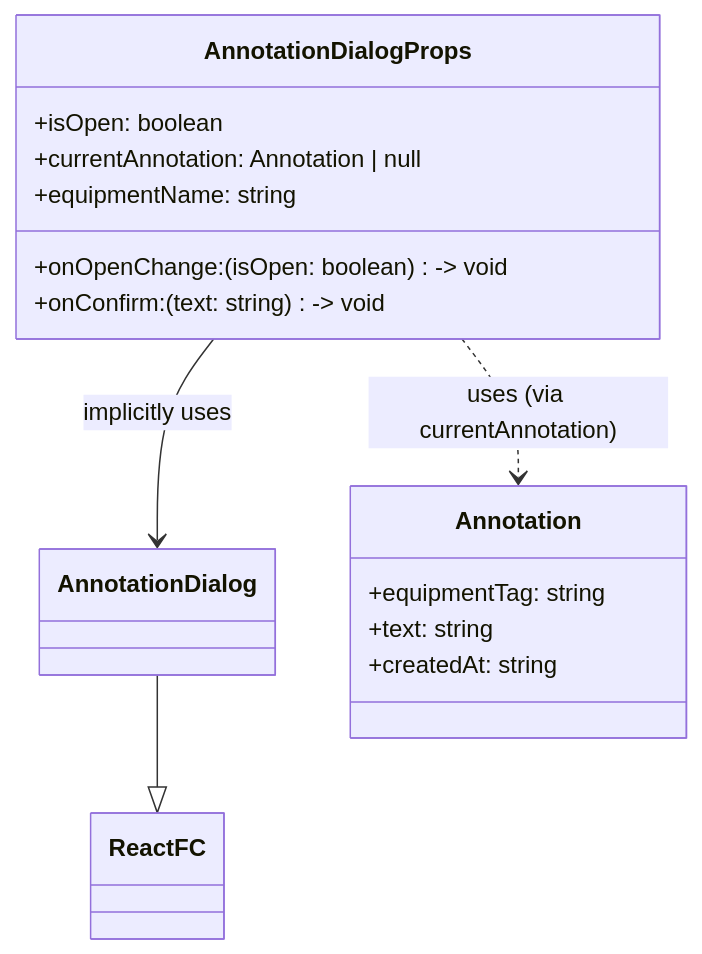
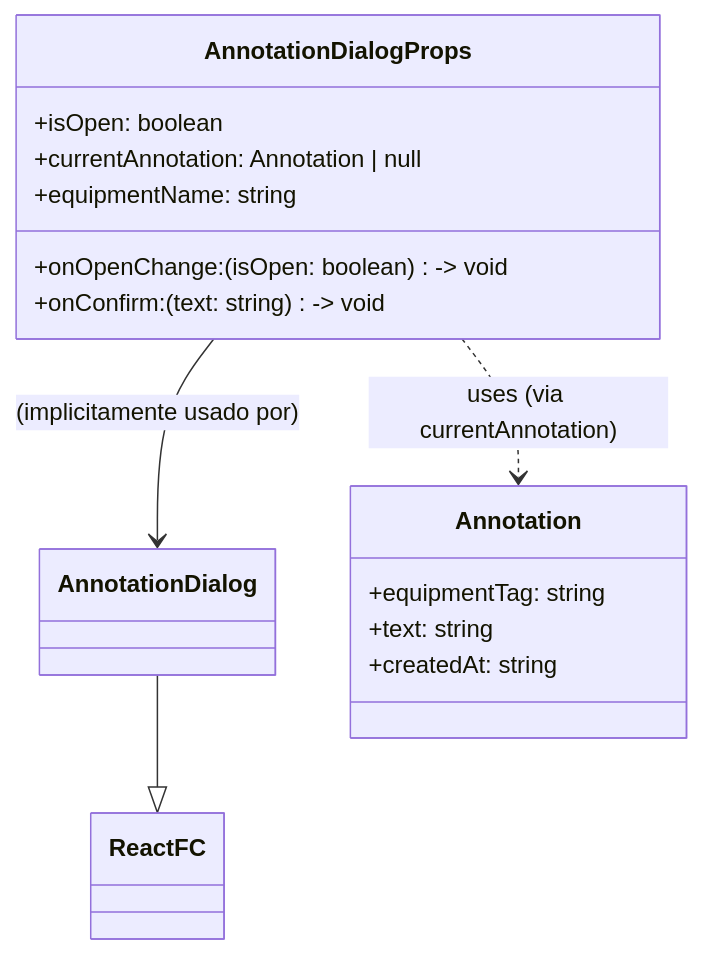
One commit to Dicommunitas/ThreeJS_Terminal_3D changed the second of 29 diagrams in documentation/api.md. Above: the diagram before and after it, drawn with Mermaid. The commit also changed other lines of this file and 273 other files, not shown here.

Commit message:
Atualizando documentação e diagramas.

````diff
--- a/documentation/api.md
+++ b/documentation/api.md
@@ -234,22 +404,24 @@
 ```mermaid
   classDiagram
     class AnnotationDialogProps {
       +isOpen: boolean
       +onOpenChange: (isOpen: boolean) -> void
       +onConfirm: (text: string) -> void
       +currentAnnotation: Annotation | null
       +equipmentName: string
     }
     class AnnotationDialog {
+
     }
     class Annotation {
       +equipmentTag: string
       +text: string
       +createdAt: string
     }
     class ReactFC {
+
     }
     AnnotationDialog --|> ReactFC
     AnnotationDialogProps ..> Annotation : uses (via currentAnnotation)
-    AnnotationDialogProps --> AnnotationDialog : implicitly uses
+    AnnotationDialogProps --> AnnotationDialog : (implicitamente usado por)
 ```
````
